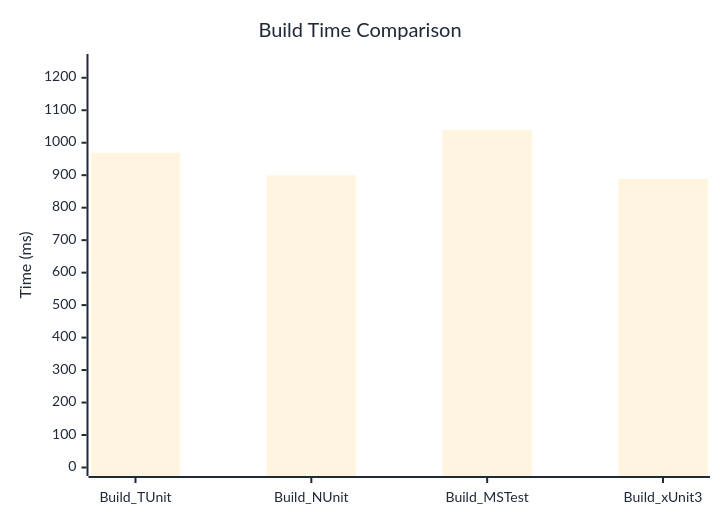
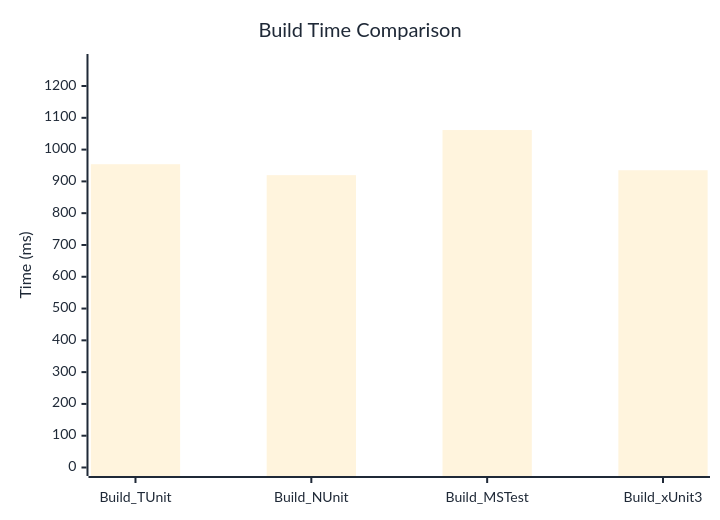
The diagram in docs/docs/benchmarks/engine/BuildTime.md (thomhurst/TUnit), drawn with Mermaid before and after one commit. The commit also changed other lines of this file and 17 other files, not shown here.

````diff
--- a/docs/docs/benchmarks/engine/BuildTime.md
+++ b/docs/docs/benchmarks/engine/BuildTime.md
@@ -30,37 +30,37 @@
 ```mermaid
 %%{init: {
   'theme':'base',
   'themeVariables': {
     'primaryColor': '#2563eb',
     'primaryTextColor': '#1f2937',
     'primaryBorderColor': '#1e40af',
     'lineColor': '#6b7280',
     'secondaryColor': '#7c3aed',
     'tertiaryColor': '#dc2626',
     'background': '#ffffff',
     'mainBkg': '#2563eb',
     'secondBkg': '#7c3aed',
     'tertiaryBkg': '#dc2626',
     'clusterBkg': '#f3f4f6',
     'edgeLabelBackground': '#ffffff',
     'tertiaryTextColor': '#1f2937',
     'pie1': '#2563eb',
     'pie2': '#7c3aed',
     'pie3': '#dc2626',
     'pie4': '#f59e0b',
     'pie5': '#10b981',
     'pie6': '#06b6d4',
     'pie7': '#ec4899',
     'pie8': '#6366f1',
     'pie9': '#84cc16',
     'pie10': '#f97316',
     'pie11': '#14b8a6',
     'pie12': '#a855f7'
   }
 }}%%
 xychart-beta
   title "Build Time Comparison"
   x-axis ["Build_TUnit", "Build_NUnit", "Build_MSTest", "Build_xUnit3"]
-  y-axis "Time (ms)" 0 --> 1247
-  bar [969.1, 899.7, 1039.1, 888.5]
+  y-axis "Time (ms)" 0 --> 1274
+  bar [954, 919.6, 1061.5, 935.1]
 ```
````
